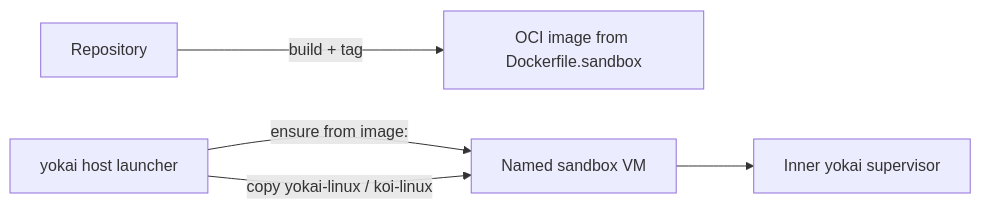
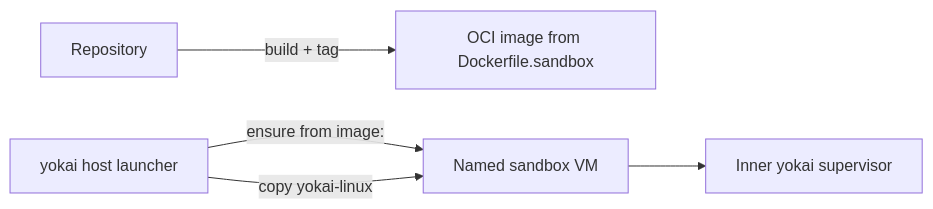
The diagram in src/content/docs/yokai/sandbox/index.mdx (getkoi/site), drawn with Mermaid before and after one commit. The commit also changed other lines of this file and 59 other files, not shown here.

````diff
--- a/src/content/docs/yokai/sandbox/index.mdx
+++ b/src/content/docs/yokai/sandbox/index.mdx
@@ -23,15 +23,15 @@
 ```mermaid
 flowchart LR
   accTitle: Sandbox launcher flow
   accDescr: Host yokai ensures a named VM from the repo image, copies Linux harness ELFs, optionally runs setup once, then execs inner yokai at the same repo path.
   repo[Repository]
   image[OCI image from Dockerfile.sandbox]
   host[yokai host launcher]
   vm[Named sandbox VM]
   inner[Inner yokai supervisor]
 
   repo -->|"build + tag"| image
   host -->|"ensure from image:"| vm
-  host -->|"copy yokai-linux / koi-linux"| vm
+  host -->|"copy yokai-linux"| vm
   vm --> inner
 ```
````
